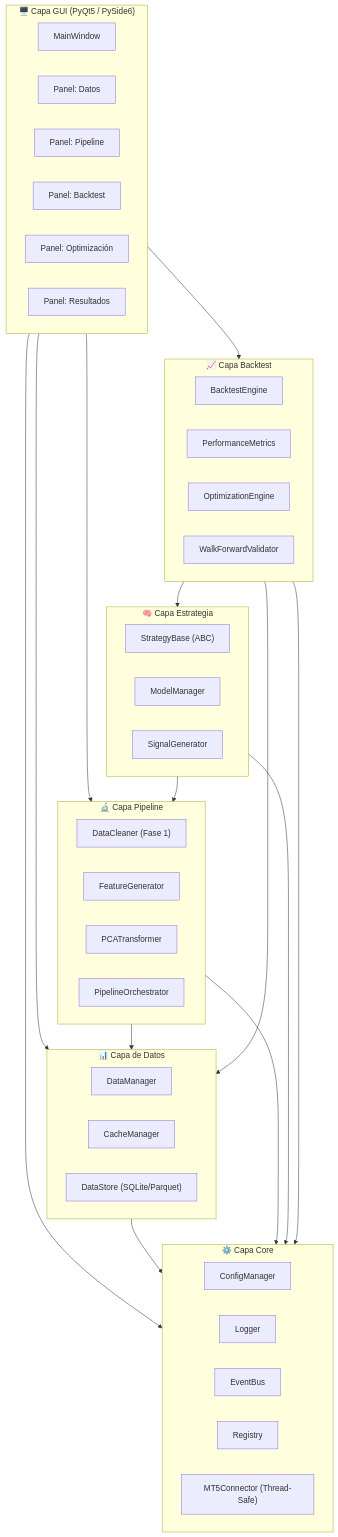
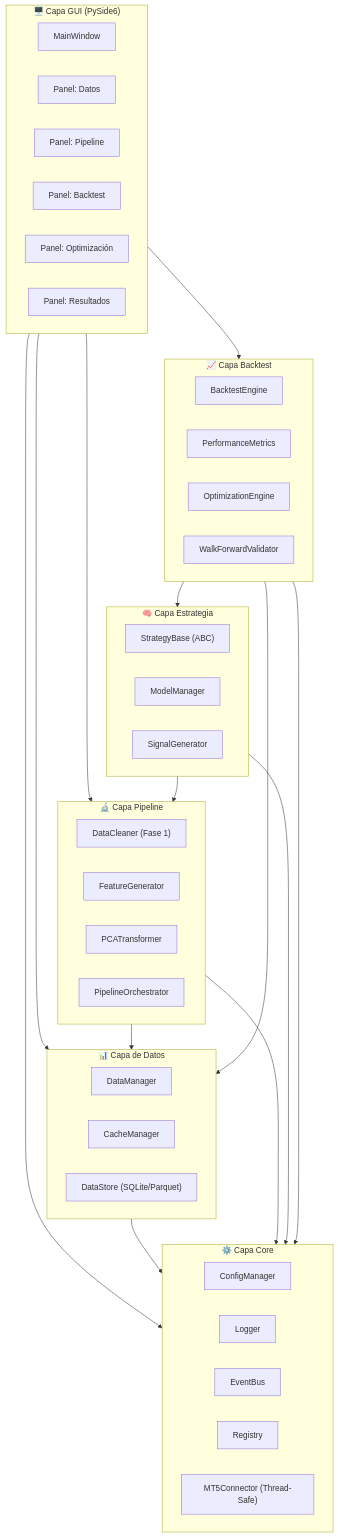
Before and after one commit to Gonlopcha/NotOverfitting: the first of 8 diagrams in docs/architecture/implementation_plan.md, drawn with Mermaid. The commit also changed other lines of this file and 6 other files, not shown here.

````diff
--- a/docs/architecture/implementation_plan.md
+++ b/docs/architecture/implementation_plan.md
@@ -11,59 +11,59 @@
 ```mermaid
 graph TB
-    subgraph GUI["🖥️ Capa GUI (PyQt5 / PySide6)"]
+    subgraph GUI["🖥️ Capa GUI (PySide6)"]
         MW["MainWindow"]
         DP["Panel: Datos"]
         PP["Panel: Pipeline"]
         BP["Panel: Backtest"]
         OP["Panel: Optimización"]
         RP["Panel: Resultados"]
     end
 
     subgraph CORE["⚙️ Capa Core"]
         CFG["ConfigManager"]
         LOG["Logger"]
         EVT["EventBus"]
         REG["Registry"]
         MT5["MT5Connector (Thread-Safe)"]
     end
 
     subgraph DATA["📊 Capa de Datos"]
         DM["DataManager"]
         CACHE["CacheManager"]
         DB["DataStore (SQLite/Parquet)"]
     end
 
     subgraph PIPELINE["🔬 Capa Pipeline"]
         CLN["DataCleaner (Fase 1)"]
         FG["FeatureGenerator"]
         PCA["PCATransformer"]
         PO["PipelineOrchestrator"]
     end
 
     subgraph STRATEGY["🧠 Capa Estrategia"]
         SB["StrategyBase (ABC)"]
         MM["ModelManager"]
         SIG["SignalGenerator"]
     end
 
     subgraph BACKTEST["📈 Capa Backtest"]
         BE["BacktestEngine"]
         PM["PerformanceMetrics"]
         OPT["OptimizationEngine"]
         WF["WalkForwardValidator"]
     end
 
     GUI --> CORE
     GUI --> DATA
     GUI --> PIPELINE
     GUI --> BACKTEST
 
     DATA --> CORE
     PIPELINE --> DATA
     PIPELINE --> CORE
     STRATEGY --> PIPELINE
     STRATEGY --> CORE
     BACKTEST --> STRATEGY
     BACKTEST --> DATA
     BACKTEST --> CORE
 ```
````
